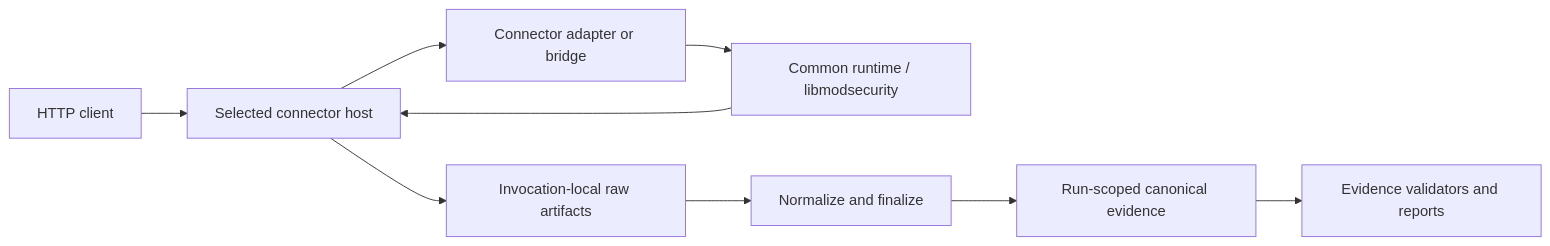
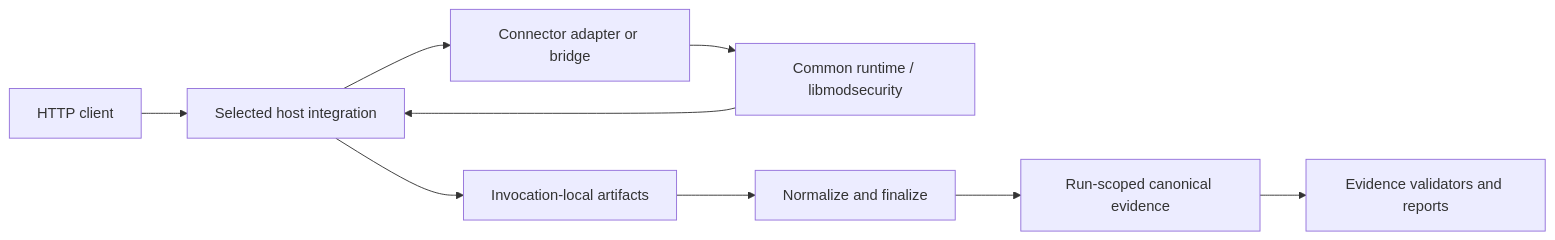
One commit to Easton97-Jens/ModSecurity-conector changed the diagram in README.de.md. Above: the diagram before and after it, drawn with Mermaid. The commit also changed other lines of this file and 3 other files, not shown here.

````diff
--- a/README.de.md
+++ b/README.de.md
@@ -34,11 +84,11 @@
-~~~mermaid
+```mermaid
 flowchart LR
-    Client[HTTP client] --> Host[Selected connector host]
+    Client[HTTP client] --> Host[Selected host integration]
     Host --> Adapter[Connector adapter or bridge]
     Adapter --> Common[Common runtime / libmodsecurity]
     Common --> Host
-    Host --> Raw[Invocation-local raw artifacts]
+    Host --> Raw[Invocation-local artifacts]
     Raw --> Finalize[Normalize and finalize]
     Finalize --> Evidence[Run-scoped canonical evidence]
     Evidence --> Validate[Evidence validators and reports]
-~~~
+```
````
